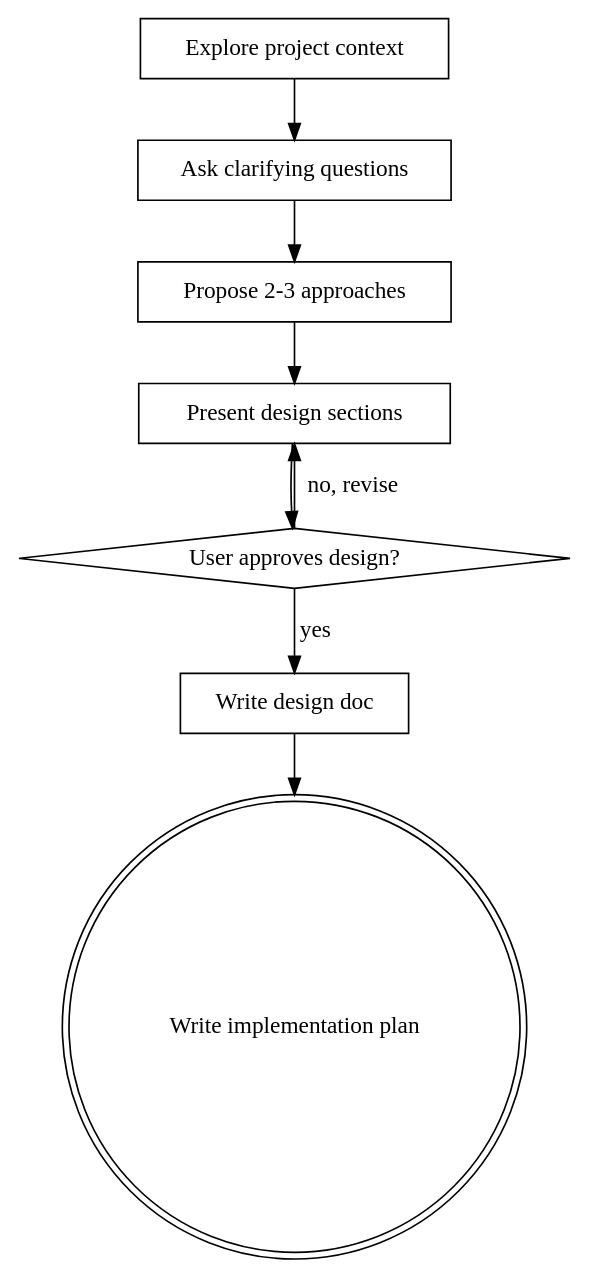
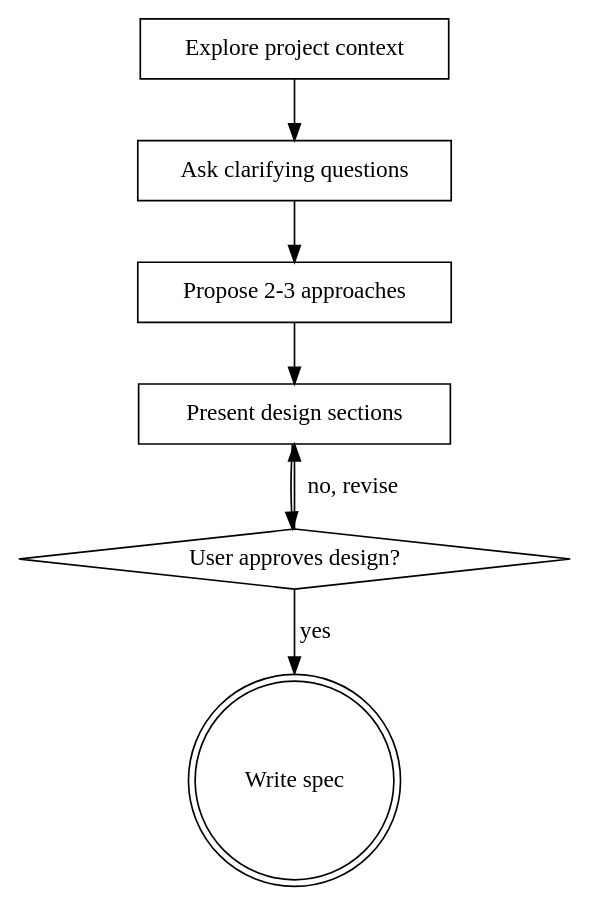
The diagram in .claude/skills/brainstorming/SKILL.md (RobertoChavez2433/DevKey), drawn with Graphviz before and after one commit. The commit also changed other lines of this file and 27 other files, not shown here.

````diff
--- a/.claude/skills/brainstorming/SKILL.md
+++ b/.claude/skills/brainstorming/SKILL.md
@@ -35,19 +34,17 @@
 ```dot
 digraph brainstorming {
     "Explore project context" [shape=box];
     "Ask clarifying questions" [shape=box];
     "Propose 2-3 approaches" [shape=box];
     "Present design sections" [shape=box];
     "User approves design?" [shape=diamond];
-    "Write design doc" [shape=box];
-    "Write implementation plan" [shape=doublecircle];
+    "Write spec" [shape=doublecircle];
 
     "Explore project context" -> "Ask clarifying questions";
     "Ask clarifying questions" -> "Propose 2-3 approaches";
     "Propose 2-3 approaches" -> "Present design sections";
     "Present design sections" -> "User approves design?";
     "User approves design?" -> "Present design sections" [label="no, revise"];
-    "User approves design?" -> "Write design doc" [label="yes"];
-    "Write design doc" -> "Write implementation plan";
+    "User approves design?" -> "Write spec" [label="yes"];
 }
 ```
````
